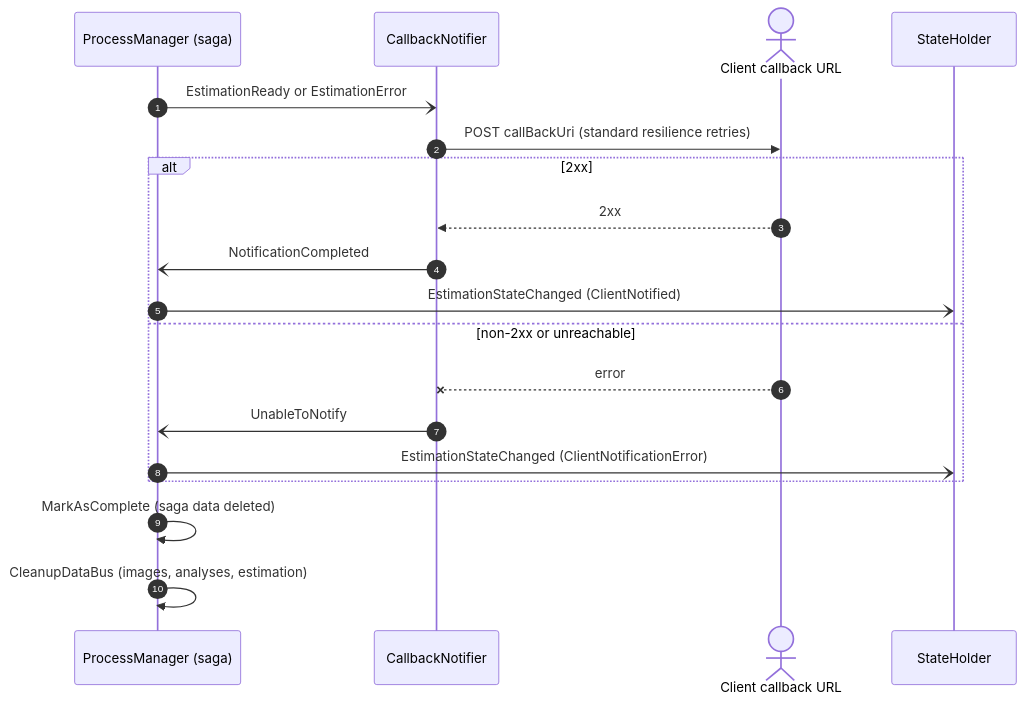
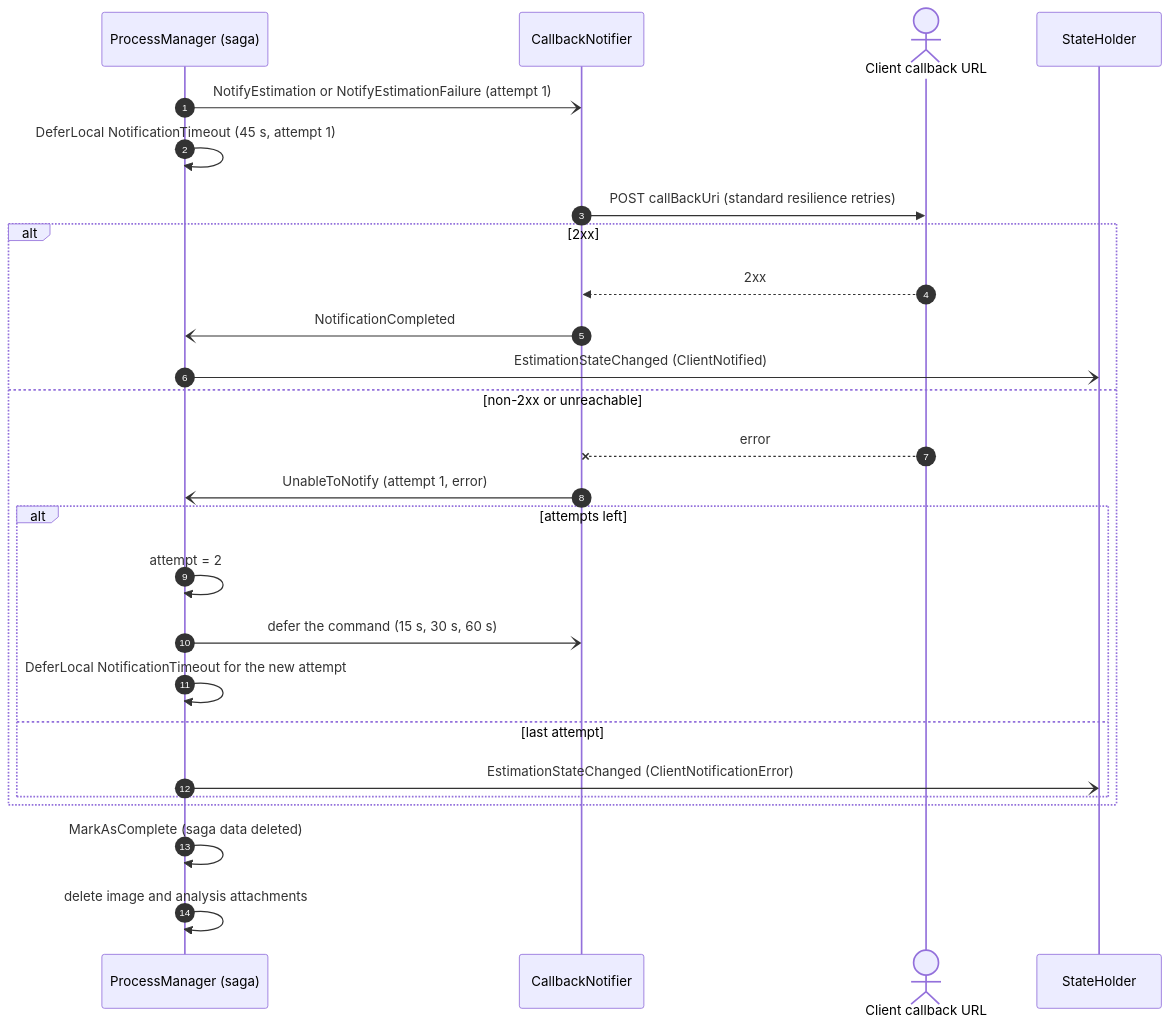
The ninth of 11 diagrams in docs/messages-flow.md (hbiarge/Estimations), drawn with Mermaid before and after one commit. The commit also changed other lines of this file and 106 other files, not shown here.

First line of the commit message:
Close dead ends in the message flows

````diff
--- a/docs/messages-flow.md
+++ b/docs/messages-flow.md
@@ -338,22 +354,29 @@
 ```mermaid
 sequenceDiagram
     autonumber
     participant PM as ProcessManager (saga)
     participant CN as CallbackNotifier
     actor Client as Client callback URL
     participant SH as StateHolder
 
-    PM-)CN: EstimationReady or EstimationError
+    PM-)CN: NotifyEstimation or NotifyEstimationFailure (attempt 1)
+    PM->>PM: DeferLocal NotificationTimeout (45 s, attempt 1)
     CN->>Client: POST callBackUri (standard resilience retries)
     alt 2xx
         Client-->>CN: 2xx
         CN-)PM: NotificationCompleted
         PM-)SH: EstimationStateChanged (ClientNotified)
     else non-2xx or unreachable
         Client--xCN: error
-        CN-)PM: UnableToNotify
-        PM-)SH: EstimationStateChanged (ClientNotificationError)
+        CN-)PM: UnableToNotify (attempt 1, error)
+        alt attempts left
+            PM->>PM: attempt = 2
+            PM-)CN: defer the command (15 s, 30 s, 60 s)
+            PM->>PM: DeferLocal NotificationTimeout for the new attempt
+        else last attempt
+            PM-)SH: EstimationStateChanged (ClientNotificationError)
+        end
     end
     PM->>PM: MarkAsComplete (saga data deleted)
-    PM->>PM: CleanupDataBus (images, analyses, estimation)
+    PM->>PM: delete image and analysis attachments
 ```
````
